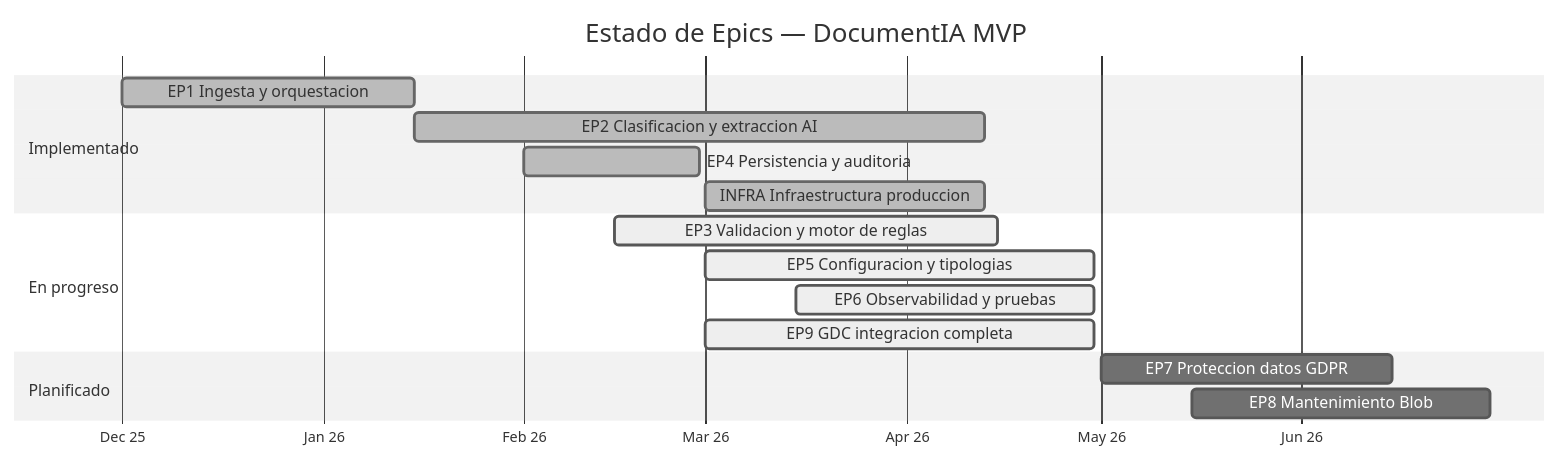
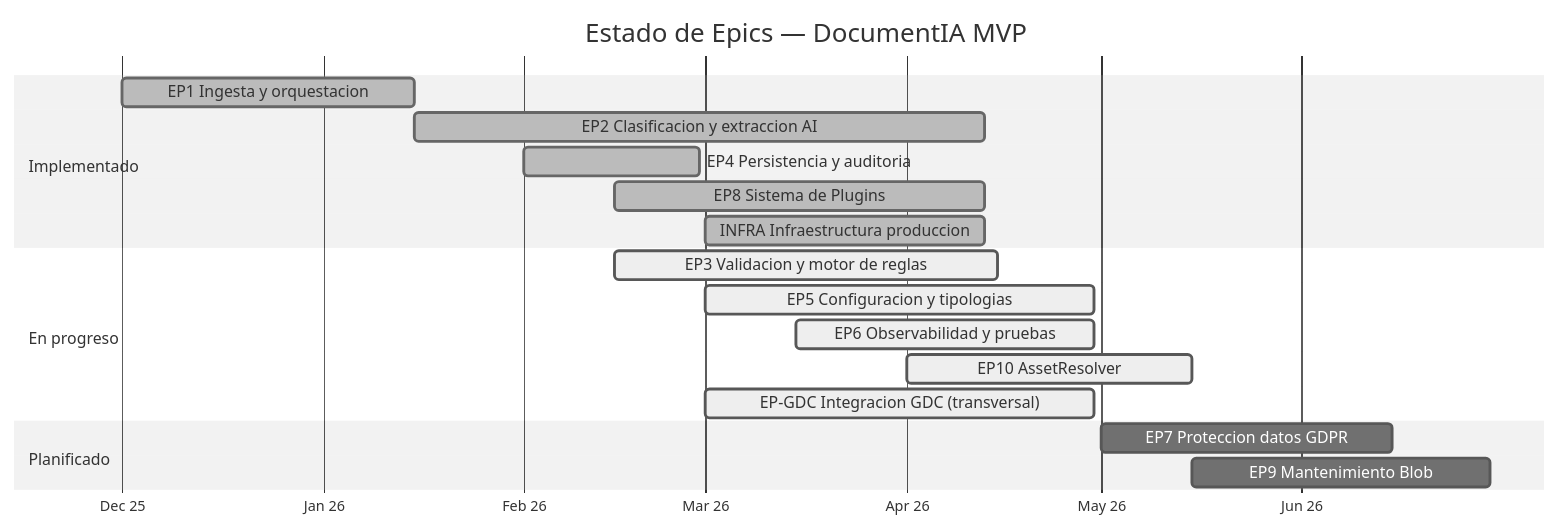
Before and after one commit to nvcrisologo02/AI-DocClassExt: the diagram in docs/07_ROADMAP_PENDIENTES.md, drawn with Mermaid (neutral theme). The commit also changed other lines of this file and 7 other files, not shown here.

````diff
--- a/docs/07_ROADMAP_PENDIENTES.md
+++ b/docs/07_ROADMAP_PENDIENTES.md
@@ -10,22 +10,24 @@
 ```mermaid
 gantt
     title Estado de Epics — DocumentIA MVP
     dateFormat YYYY-MM-DD
     axisFormat %b %y
 
     section Implementado
     EP1 Ingesta y orquestacion         :done, ep1, 2025-12-01, 2026-01-15
     EP2 Clasificacion y extraccion AI   :done, ep2, 2026-01-15, 2026-04-13
     EP4 Persistencia y auditoria        :done, ep4, 2026-02-01, 2026-02-28
+    EP8 Sistema de Plugins              :done, ep8, 2026-02-15, 2026-04-13
     INFRA Infraestructura produccion    :done, infra, 2026-03-01, 2026-04-13
 
     section En progreso
     EP3 Validacion y motor de reglas    :active, ep3, 2026-02-15, 2026-04-15
     EP5 Configuracion y tipologias      :active, ep5, 2026-03-01, 2026-04-30
     EP6 Observabilidad y pruebas        :active, ep6, 2026-03-15, 2026-04-30
-    EP9 GDC integracion completa        :active, ep9, 2026-03-01, 2026-04-30
+    EP10 AssetResolver                  :active, ep10, 2026-04-01, 2026-05-15
+    EP-GDC Integracion GDC (transversal) :active, epgdc, 2026-03-01, 2026-04-30
 
     section Planificado
     EP7 Proteccion datos GDPR           :ep7, 2026-05-01, 2026-06-15
-    EP8 Mantenimiento Blob              :ep8, 2026-05-15, 2026-06-30
+    EP9 Mantenimiento Blob              :ep9, 2026-05-15, 2026-06-30
 ```
````
